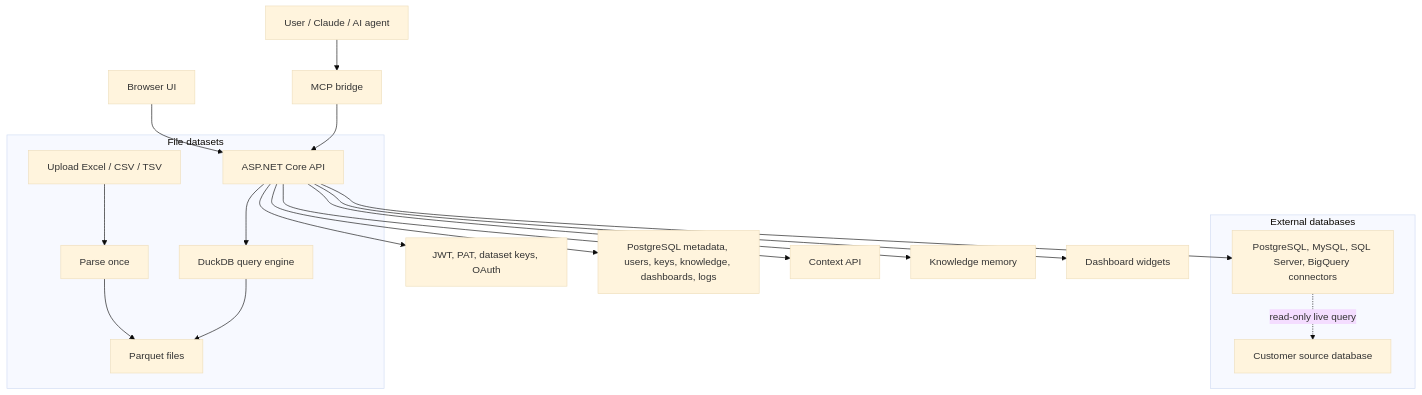
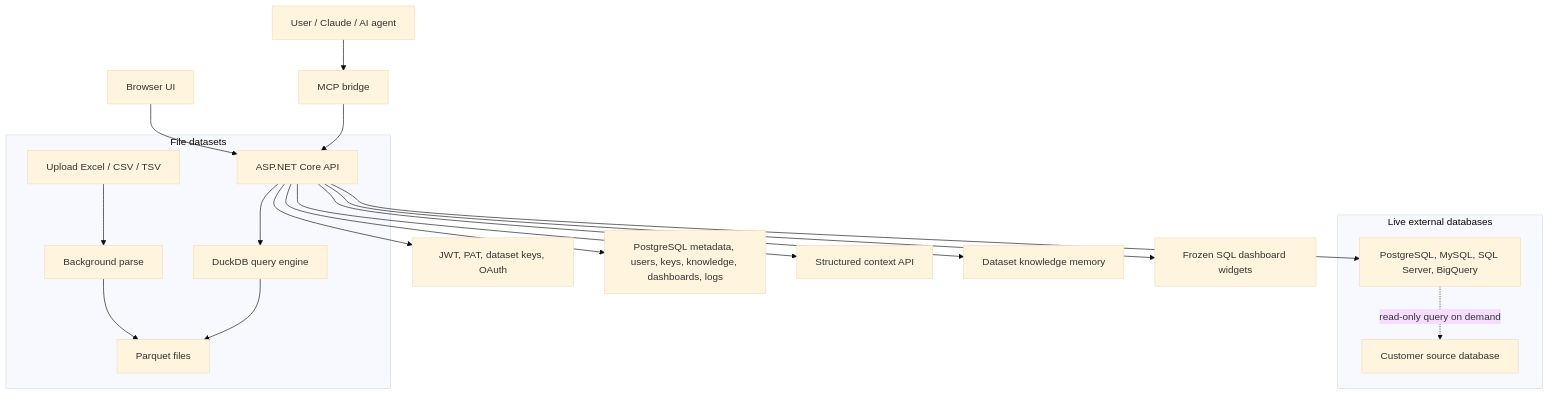
One commit to TolhNguyen/mcp-dataset-manager changed the diagram in README.md. Above: the diagram before and after it, drawn with Mermaid (base theme). The commit also changed other lines of this file, not shown here.

````diff
--- a/README.md
+++ b/README.md
@@ -23,25 +100,25 @@
 ```mermaid
 flowchart TD
     user["User / Claude / AI agent"] --> bridge["MCP bridge"]
     browser["Browser UI"] --> api["ASP.NET Core API"]
     bridge --> api
 
     api --> auth["JWT, PAT, dataset keys, OAuth"]
     api --> pg["PostgreSQL metadata, users, keys, knowledge, dashboards, logs"]
 
     subgraph file_datasets["File datasets"]
-        upload["Upload Excel / CSV / TSV"] --> parse["Parse once"]
+        upload["Upload Excel / CSV / TSV"] --> parse["Background parse"]
         parse --> parquet["Parquet files"]
         api --> duckdb["DuckDB query engine"]
         duckdb --> parquet
     end
 
-    subgraph external_dbs["External databases"]
-        api --> connectors["PostgreSQL, MySQL, SQL Server, BigQuery connectors"]
-        connectors -. "read-only live query" .-> source["Customer source database"]
+    subgraph live_databases["Live external databases"]
+        api --> connectors["PostgreSQL, MySQL, SQL Server, BigQuery"]
+        connectors -. "read-only query on demand" .-> source["Customer source database"]
     end
 
-    api --> context["Context API"]
-    api --> knowledge["Knowledge memory"]
-    api --> dashboards["Dashboard widgets"]
+    api --> context["Structured context API"]
+    api --> memory["Dataset knowledge memory"]
+    api --> widgets["Frozen SQL dashboard widgets"]
 ```
````
